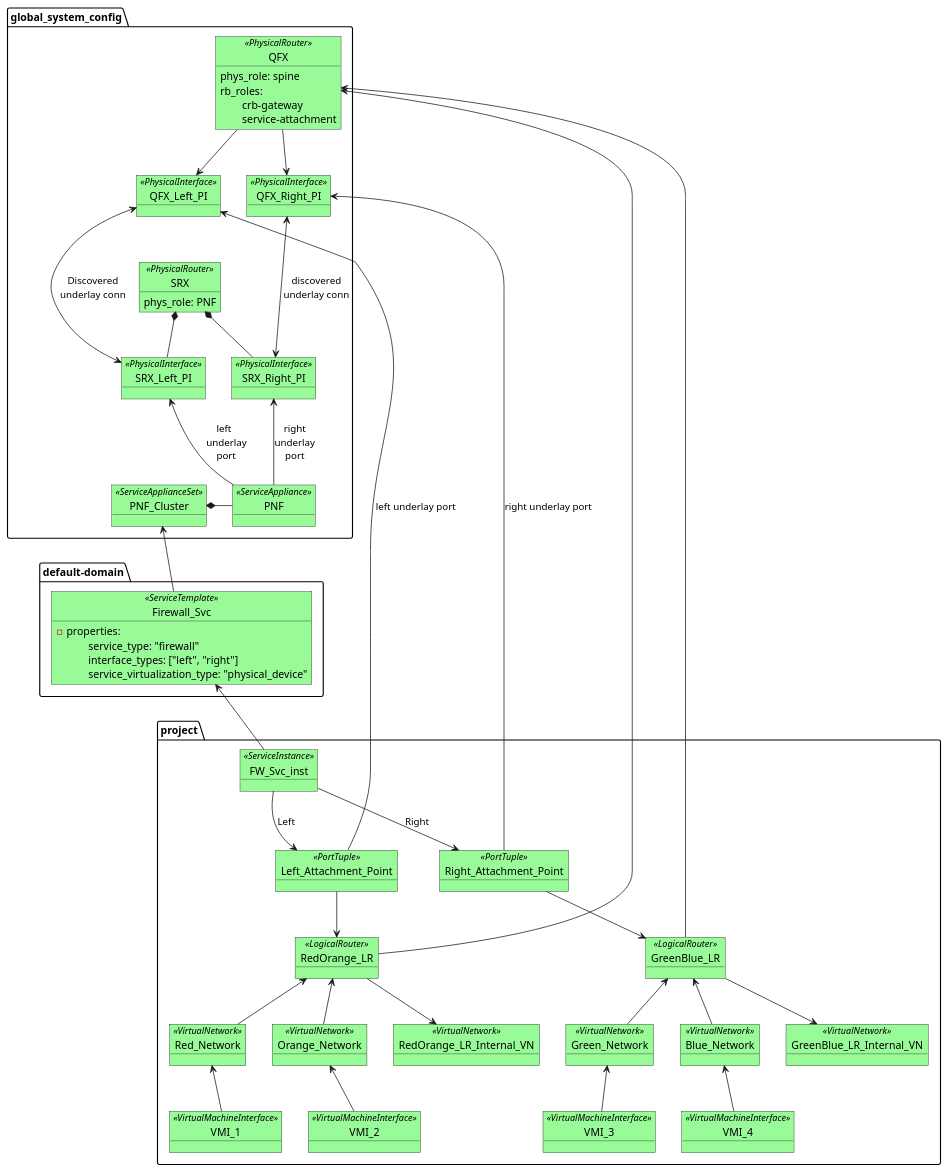
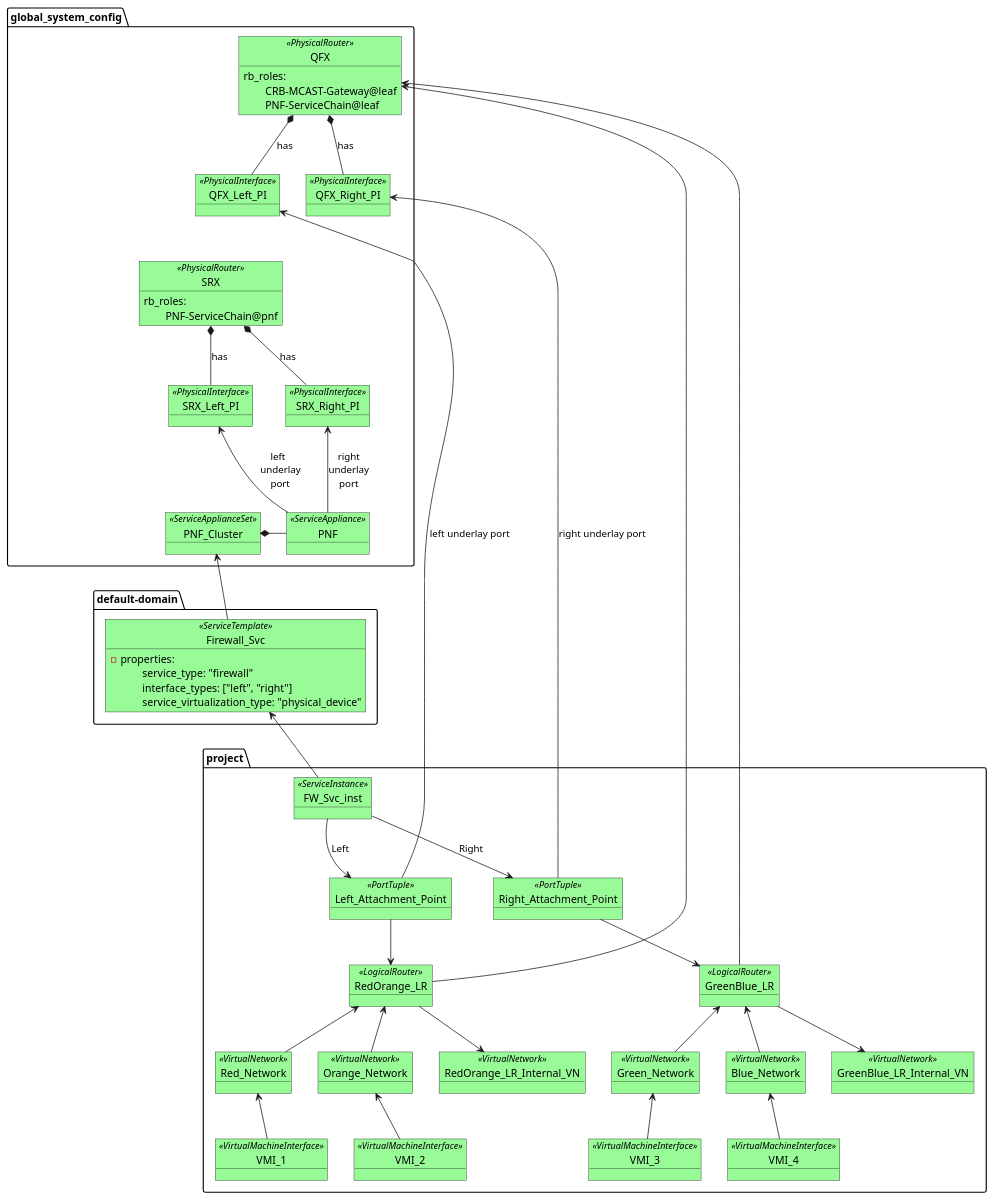
One commit to jnpr-tjiang/cfm-data-model changed the diagram in 5.1-data-model/pnf-chaining-data-model-01.puml. Above: the diagram before and after it, drawn with PlantUML. The commit also changed 13 other files, not shown here.

Commit message:
pnf service chain call flow

```diff
--- a/5.1-data-model/pnf-chaining-data-model-01.puml
+++ b/5.1-data-model/pnf-chaining-data-model-01.puml
@@ -1,156 +1,156 @@
 @startuml
 
 skinparam object {
 	BackgroundColor PaleGreen
 }
 
 package default-domain {
     object Firewall_Svc<<ServiceTemplate>> {
         - properties:
             \tservice_type: "firewall"
             \tinterface_types: ["left", "right"]
             \tservice_virtualization_type: "physical_device"
     }
 }
 
 package global_system_config {
 
     object SRX<<PhysicalRouter>> {
-        phys_role: PNF
+        rb_roles:
+        \tPNF-ServiceChain@pnf
     }
 
     object SRX_Left_PI<<PhysicalInterface>> {
     }
 
     object SRX_Right_PI<<PhysicalInterface>> {
     }
 
     object PNF_Cluster<<ServiceApplianceSet>> {
     }
 
     object PNF<<ServiceAppliance>> {
     }
 
     object QFX<<PhysicalRouter>> {
-        phys_role: spine
         rb_roles:
-            \tcrb-gateway
-            \tservice-attachment
+            \tCRB-MCAST-Gateway@leaf
+            \tPNF-ServiceChain@leaf
     }
 
     object QFX_Left_PI<<PhysicalInterface>> {
     }
 
     object QFX_Right_PI<<PhysicalInterface>> {
     }
 
-    SRX *-- SRX_Left_PI
-    SRX *-- SRX_Right_PI
+    SRX *-- SRX_Left_PI: has
+    SRX *-- SRX_Right_PI: has
 
-    QFX --> QFX_Left_PI
-    QFX --> QFX_Right_PI
+    QFX *-- QFX_Left_PI: has
+    QFX *-- QFX_Right_PI: has
 
-    QFX_Left_PI <---> SRX_Left_PI: Discovered\nunderlay conn
-    QFX_Right_PI <---> SRX_Right_PI: discovered\nunderlay conn
+    QFX_Left_PI <-[hidden]--> SRX_Left_PI: Discovered\nunderlay conn
+    QFX_Right_PI <-[hidden]--> SRX_Right_PI: discovered\nunderlay conn
 
 
     PNF_Cluster *- PNF
     SRX_Left_PI <-- PNF: "left\t\t\nunderlay\t\t\nport\t\t"
     SRX_Right_PI <-- PNF: right\nunderlay\nport
 }
 
 package project {
     object FW_Svc_inst<<ServiceInstance>> {
 
     }
 
     object RedOrange_LR<<LogicalRouter>> {
     }
 
     object GreenBlue_LR<<LogicalRouter>> {
     }
 
     object Red_Network<<VirtualNetwork>> {
     }
 
     object Orange_Network<<VirtualNetwork>> {
     }
 
     object Green_Network<<VirtualNetwork>> {
     }
 
     object Blue_Network<<VirtualNetwork>> {
     }
 
     object RedOrange_LR_Internal_VN<<VirtualNetwork>> {
     }
 
     object GreenBlue_LR_Internal_VN<<VirtualNetwork>> {
     }
 
     object Left_Attachment_Point<<PortTuple>> {
     }
 
     object Right_Attachment_Point<<PortTuple>> {
     }
 
     object VMI_1<<VirtualMachineInterface>> {
     }
 
     object VMI_2<<VirtualMachineInterface>> {
     }
 
     object VMI_3<<VirtualMachineInterface>> {
     }
 
     object VMI_4<<VirtualMachineInterface>> {
     }
 
     Red_Network <-- VMI_1
     Orange_Network <-- VMI_2
     Green_Network <-- VMI_3
     Blue_Network <-- VMI_4
 
     RedOrange_LR <-- Red_Network
     RedOrange_LR <-- Orange_Network
     RedOrange_LR --> RedOrange_LR_Internal_VN
 
     GreenBlue_LR <-- Green_Network
     GreenBlue_LR <-- Blue_Network
     GreenBlue_LR --> GreenBlue_LR_Internal_VN
 
     FW_Svc_inst --> Left_Attachment_Point: Left
     FW_Svc_inst --> Right_Attachment_Point: Right
 
     Left_Attachment_Point --> RedOrange_LR
     Right_Attachment_Point --> GreenBlue_LR
 }
 
 PNF_Cluster <-- Firewall_Svc
 Firewall_Svc <-- FW_Svc_inst
 QFX <-- RedOrange_LR
 QFX <-- GreenBlue_LR
 QFX_Left_PI <-- Left_Attachment_Point: left underlay port
 QFX_Right_PI <-- Right_Attachment_Point: right underlay port
 
 hide PNF
 hide PNF_Cluster
 hide Firewall_Svc
 hide FW_Svc_inst
 hide Left_Attachment_Point
 hide Right_Attachment_Point
 
 hide Red_Network
 hide Orange_Network
 hide Green_Network
 hide Blue_Network
 hide RedOrange_LR
 hide GreenBlue_LR
 hide VMI_1
 hide VMI_2
 hide VMI_3
 hide VMI_4
 hide GreenBlue_LR_Internal_VN
 hide RedOrange_LR_Internal_VN
 
 @enduml
```
